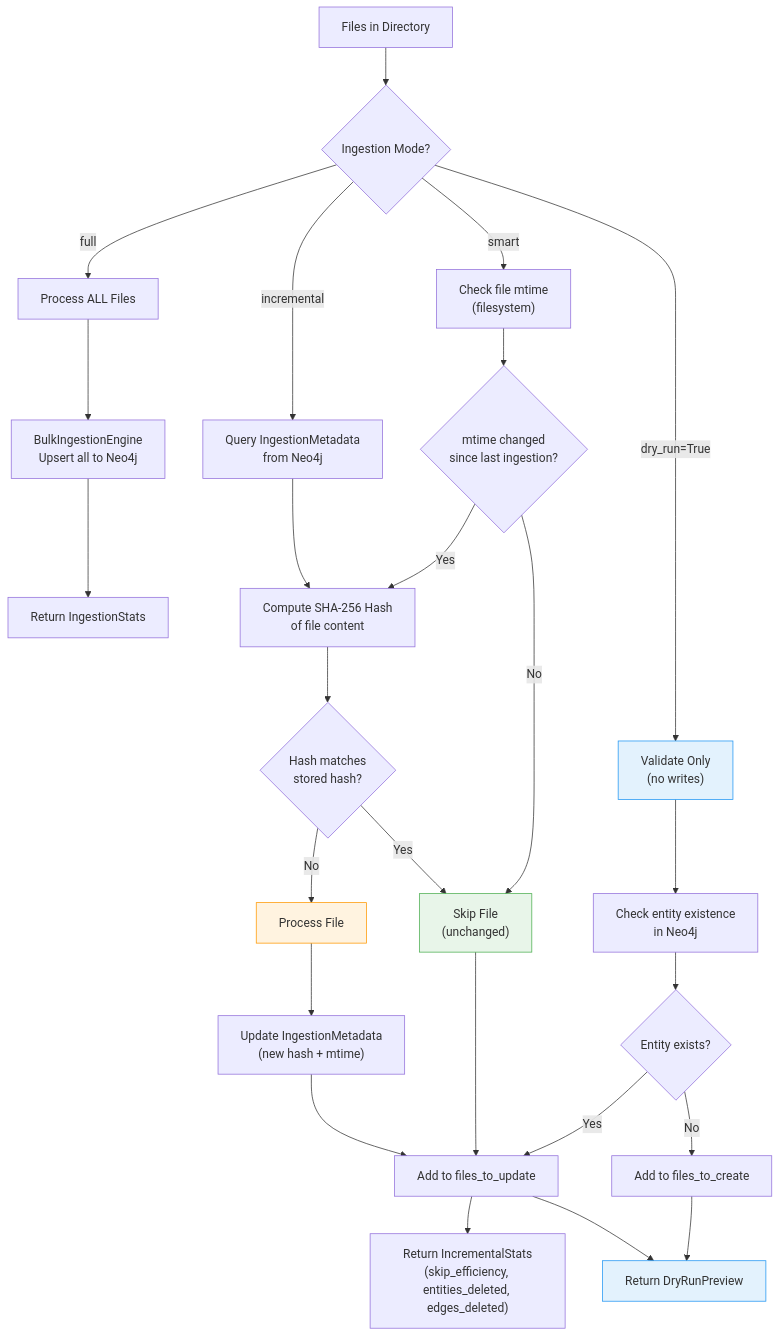
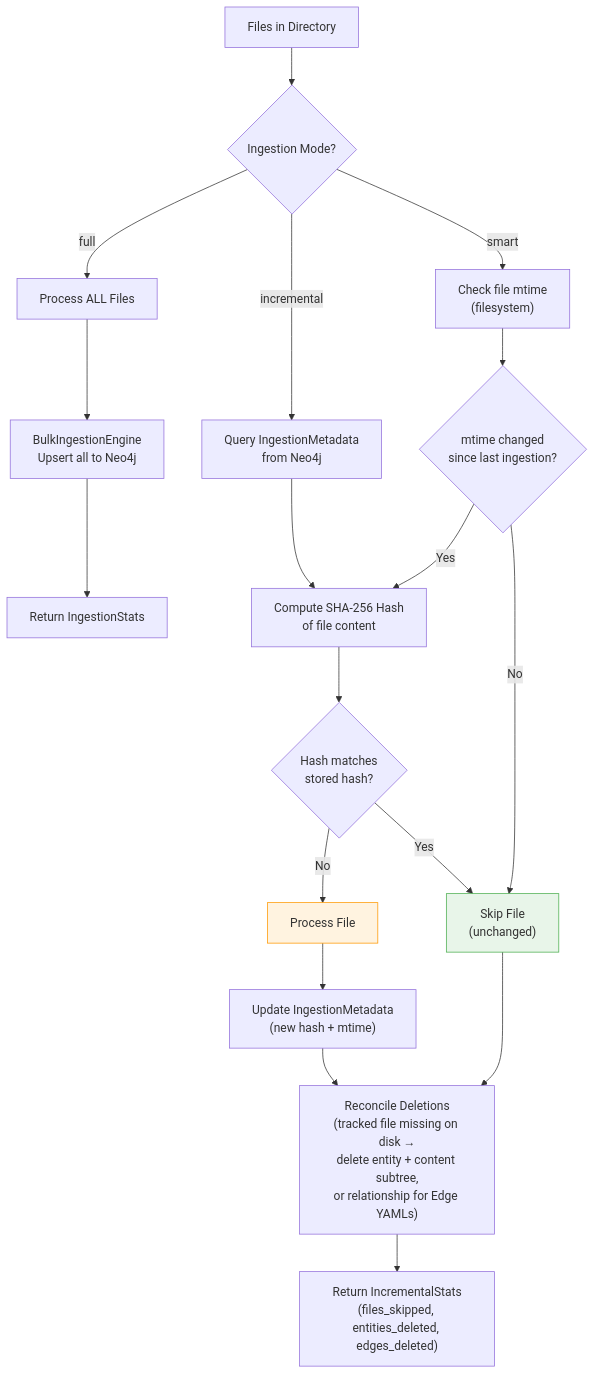
One commit to linguistic76/skuel changed the second of 3 diagrams in app/docs/diagrams/ingestion_architecture.md. Above: the diagram before and after it, drawn with Mermaid. The commit also changed other lines of this file and 29 other files, not shown here.

````diff
--- a/app/docs/diagrams/ingestion_architecture.md
+++ b/app/docs/diagrams/ingestion_architecture.md
@@ -56,41 +56,30 @@
 ```mermaid
 flowchart TD
     A["Files in Directory"] --> B{"Ingestion Mode?"}
 
     B -->|"full"| C["Process ALL Files"]
     B -->|"incremental"| D["Query IngestionMetadata<br/>from Neo4j"]
     B -->|"smart"| E["Check file mtime<br/>(filesystem)"]
-    B -->|"dry_run=True"| F["Validate Only<br/>(no writes)"]
 
     %% Full mode
     C --> G["BulkIngestionEngine<br/>Upsert all to Neo4j"]
     G --> H["Return IngestionStats"]
 
     %% Incremental mode
     D --> I["Compute SHA-256 Hash<br/>of file content"]
     I --> J{"Hash matches<br/>stored hash?"}
     J -->|"Yes"| K["Skip File<br/>(unchanged)"]
     J -->|"No"| L["Process File"]
     L --> M["Update IngestionMetadata<br/>(new hash + mtime)"]
     M --> R["Reconcile Deletions<br/>(tracked file missing on disk →<br/>delete entity + content subtree,<br/>or relationship for Edge YAMLs)"]
     K --> R
-    R --> N["Return IncrementalStats<br/>(skip_efficiency, entities_deleted, edges_deleted)"]
+    R --> N["Return IncrementalStats<br/>(files_skipped, entities_deleted, edges_deleted)"]
 
     %% Smart mode
     E --> O{"mtime changed<br/>since last ingestion?"}
     O -->|"No"| K
     O -->|"Yes"| I
 
-    %% Dry-run mode
-    F --> P["Check entity existence<br/>in Neo4j"]
-    P --> Q{"Entity exists?"}
-    Q -->|"Yes"| R["Add to files_to_update"]
-    Q -->|"No"| S["Add to files_to_create"]
-    R --> T["Return DryRunPreview"]
-    S --> T
-
     style K fill:#e8f5e9,stroke:#4caf50
     style L fill:#fff3e0,stroke:#ff9800
-    style F fill:#e3f2fd,stroke:#2196f3
-    style T fill:#e3f2fd,stroke:#2196f3
 ```
````
